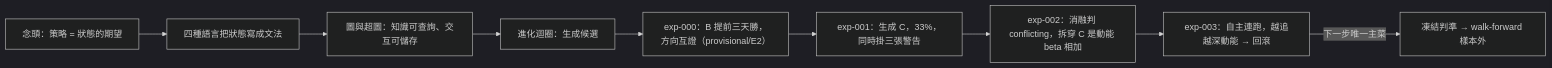
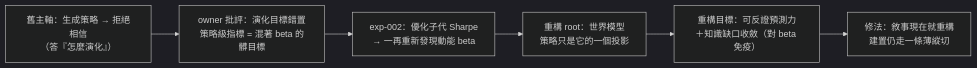
One commit to Baboonbrother/alpha-evolution-wiki changed the diagram in overview.md. Above: the diagram before and after it, drawn with Mermaid (dark theme). The commit also changed other lines of this file and 32 other files, not shown here.

````diff
--- a/overview.md
+++ b/overview.md
@@ -59,11 +42,10 @@
 ```mermaid
 flowchart LR
-    S["念頭：策略 = 狀態的期望"] --> L["四種語言把狀態寫成文法"]
-    L --> G["圖與超圖：知識可查詢、交互可儲存"]
-    G --> GEN["進化迴圈：生成候選"]
-    GEN --> B["exp-000：B 提前三天勝，方向互證（provisional/E2）"]
-    B --> C["exp-001：生成 C，33%，同時掛三張警告"]
-    C --> AB["exp-002：消融判 conflicting，拆穿 C 是動能 beta 相加"]
-    AB --> LOOP["exp-003：自主連跑，越追越深動能 → 回滾"]
-    LOOP -->|"下一步唯一主菜"| WF["凍結判準 → walk-forward 樣本外"]
+    OLD["舊主軸：生成策略 → 拒絕相信\n（答『怎麼演化』）"]
+    CRIT["owner 批評：演化目標錯置\n策略級指標 = 混著 beta 的髒目標"]
+    EVI["exp-002：優化子代 Sharpe\n→ 一再重新發現動能 beta"]
+    ROOT["重構 root：世界模型\n策略只是它的一個投影"]
+    OBJ["重構目標：可反證預測力\n＋知識缺口收斂（對 beta 免疫）"]
+    SLICE["修法：敘事現在就重構\n建置仍走一條薄縱切"]
+    OLD --> CRIT --> EVI --> ROOT --> OBJ --> SLICE
 ```
````
